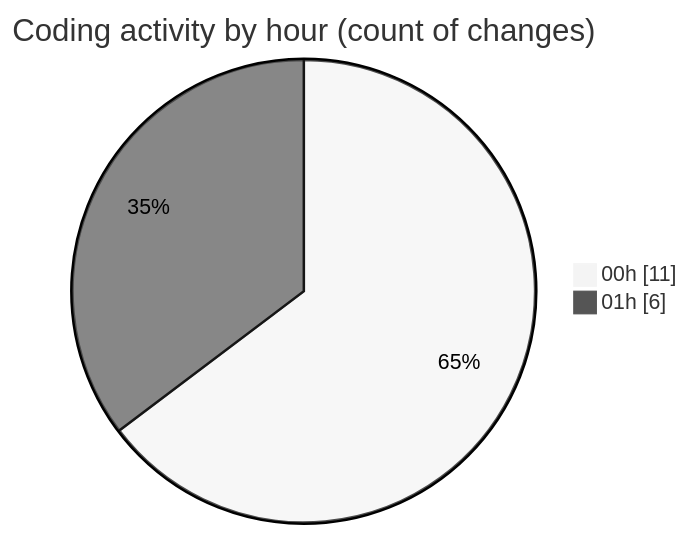
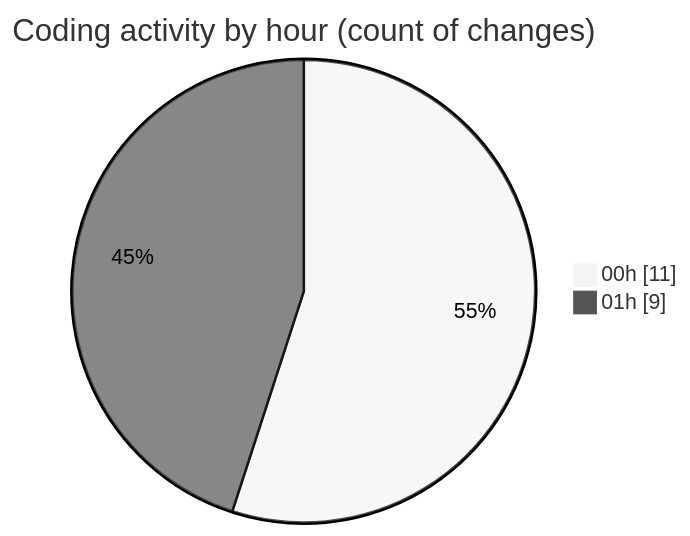
Before and after one commit to julien-gomy/code-tracking: the second of 2 diagrams in 2025-11-02/cdp_aleoudev_fr__workspace_/README.md, drawn with Mermaid (neutral theme). The commit also changed other lines of this file and 1 other file, not shown here.

````diff
--- a/2025-11-02/cdp_aleoudev_fr__workspace_/README.md
+++ b/2025-11-02/cdp_aleoudev_fr__workspace_/README.md
@@ -30,6 +32,6 @@
 ```mermaid
 pie showData
 title Coding activity by hour (count of changes)
 "00h" : 11
-"01h" : 6
+"01h" : 9
 ```
````
